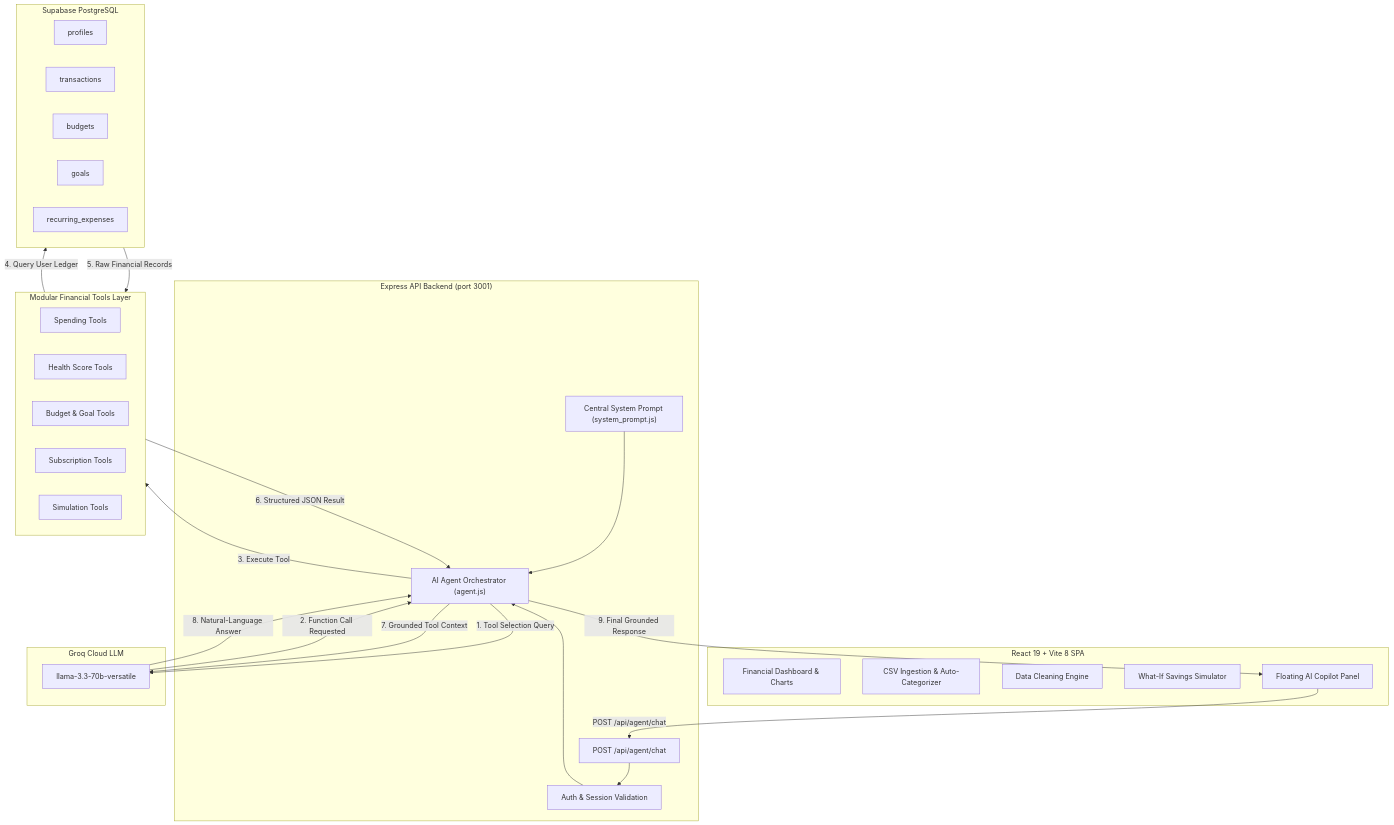
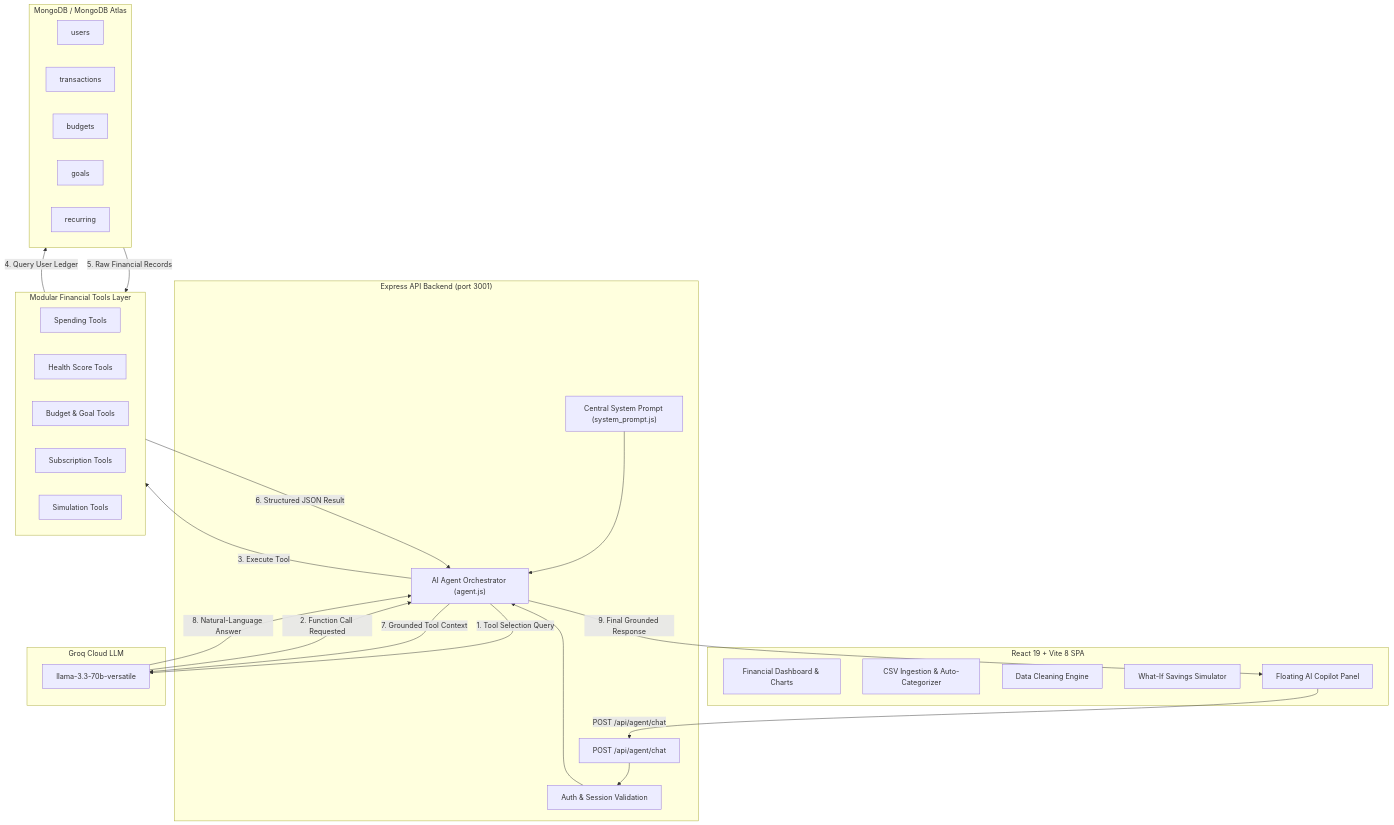
The diagram in architecture-diagram.md (adarsh-malviya06/HackInMotion-RICR-HIM-1018), drawn with Mermaid before and after one commit. The commit also changed other lines of this file and 10 other files, not shown here.

````diff
--- a/architecture-diagram.md
+++ b/architecture-diagram.md
@@ -3,51 +3,51 @@
 ```mermaid
 graph TD
     subgraph Frontend["React 19 + Vite 8 SPA"]
         UI["Financial Dashboard & Charts"]
         CSV["CSV Ingestion & Auto-Categorizer"]
         CLEAN["Data Cleaning Engine"]
         SIM["What-If Savings Simulator"]
         COPILOT_UI["Floating AI Copilot Panel"]
     end
 
     subgraph Backend["Express API Backend (port 3001)"]
         ENDPOINT["POST /api/agent/chat"]
         AUTH["Auth & Session Validation"]
         PROMPT["Central System Prompt (system_prompt.js)"]
         AGENT["AI Agent Orchestrator (agent.js)"]
     end
 
     subgraph Tools["Modular Financial Tools Layer"]
         SPEND_TOOLS["Spending Tools"]
         HEALTH_TOOLS["Health Score Tools"]
         BUDGET_TOOLS["Budget & Goal Tools"]
         SUB_TOOLS["Subscription Tools"]
         SIM_TOOLS["Simulation Tools"]
     end
 
     subgraph AI["Groq Cloud LLM"]
         GROQ["llama-3.3-70b-versatile"]
     end
 
-    subgraph Database["Supabase PostgreSQL"]
-        DB_PROFILES["profiles"]
+    subgraph Database["MongoDB / MongoDB Atlas"]
+        DB_PROFILES["users"]
         DB_TX["transactions"]
         DB_BUDGETS["budgets"]
         DB_GOALS["goals"]
-        DB_REC["recurring_expenses"]
+        DB_REC["recurring"]
     end
 
     COPILOT_UI -->|POST /api/agent/chat| ENDPOINT
     ENDPOINT --> AUTH
     AUTH --> AGENT
     PROMPT --> AGENT
     AGENT -->|1. Tool Selection Query| GROQ
     GROQ -->|2. Function Call Requested| AGENT
     AGENT -->|3. Execute Tool| Tools
     Tools -->|4. Query User Ledger| Database
     Database -->|5. Raw Financial Records| Tools
     Tools -->|6. Structured JSON Result| AGENT
     AGENT -->|7. Grounded Tool Context| GROQ
     GROQ -->|8. Natural-Language Answer| AGENT
     AGENT -->|9. Final Grounded Response| COPILOT_UI
 ```
````
